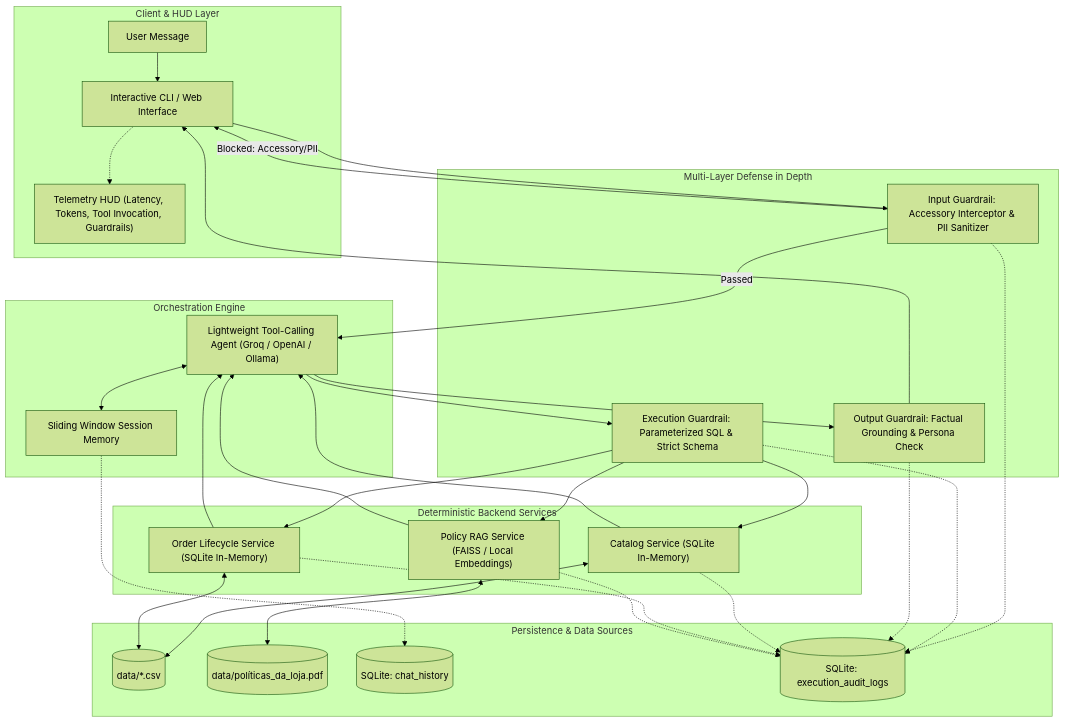
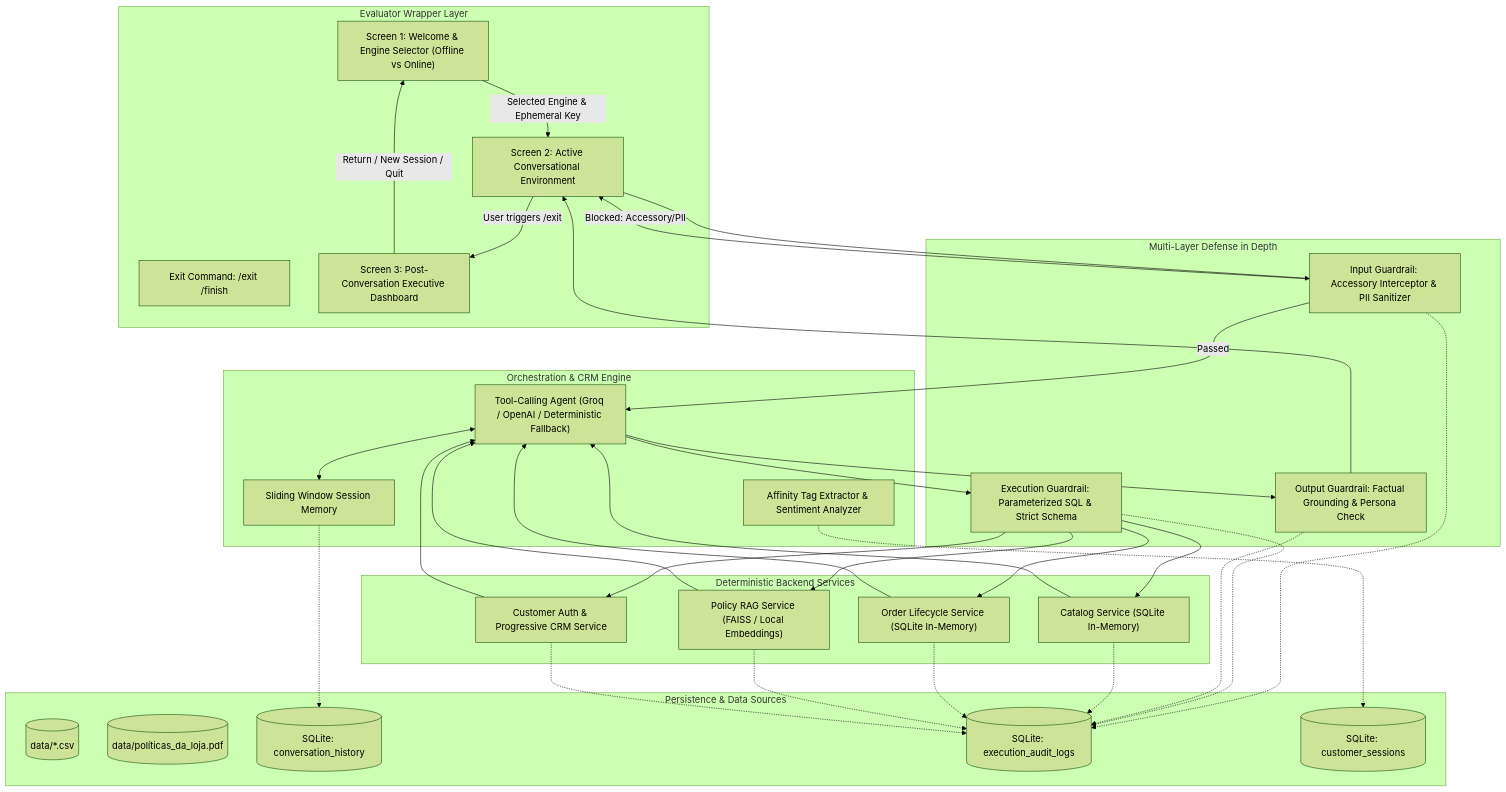
Before and after one commit to manuelportelaneto/emporio-musica-ai-agent: the diagram in SPEC.md, drawn with Mermaid (forest theme). The commit also changed other lines of this file, not shown here.

Commit message:
docs: update SPEC.md with progressive phone auth, CRM profiling and evaluator lifecycle

````diff
--- a/SPEC.md
+++ b/SPEC.md
@@ -33,55 +39,55 @@
 ```mermaid
 flowchart TD
-    subgraph Client ["Client & HUD Layer"]
-        UserIn["User Message"]
-        CLI["Interactive CLI / Web Interface"]
-        HUD["Telemetry HUD (Latency, Tokens, Tool Invocation, Guardrails)"]
+    subgraph Evaluator ["Evaluator Wrapper Layer"]
+        Welcome["Screen 1: Welcome & Engine Selector (Offline vs Online)"]
+        ChatScreen["Screen 2: Active Conversational Environment"]
+        ExitCmd["Exit Command: /exit /finish"]
+        Dashboard["Screen 3: Post-Conversation Executive Dashboard"]
     end
 
     subgraph Defense ["Multi-Layer Defense in Depth"]
         G_In["Input Guardrail: Accessory Interceptor & PII Sanitizer"]
         G_Exec["Execution Guardrail: Parameterized SQL & Strict Schema"]
         G_Out["Output Guardrail: Factual Grounding & Persona Check"]
     end
 
-    subgraph Core ["Orchestration Engine"]
-        LLM["Lightweight Tool-Calling Agent (Groq / OpenAI / Ollama)"]
+    subgraph Core ["Orchestration & CRM Engine"]
+        LLM["Tool-Calling Agent (Groq / OpenAI / Deterministic Fallback)"]
         Memory["Sliding Window Session Memory"]
+        Profiler["Affinity Tag Extractor & Sentiment Analyzer"]
     end
 
     subgraph Backend ["Deterministic Backend Services"]
         CatSvc["Catalog Service (SQLite In-Memory)"]
         OrdSvc["Order Lifecycle Service (SQLite In-Memory)"]
         PolSvc["Policy RAG Service (FAISS / Local Embeddings)"]
+        AuthSvc["Customer Auth & Progressive CRM Service"]
     end
 
     subgraph Storage ["Persistence & Data Sources"]
         CSVs[("data/*.csv")]
         PolicyPDF[("data/políticas_da_loja.pdf")]
-        DBChat[("SQLite: chat_history")]
+        DBChat[("SQLite: conversation_history")]
         DBAudit[("SQLite: execution_audit_logs")]
+        DBSessions[("SQLite: customer_sessions")]
     end
 
-    UserIn --> CLI
-    CLI --> G_In
+    Welcome -->|Selected Engine & Ephemeral Key| ChatScreen
+    ChatScreen --> G_In
     G_In -->|Passed| LLM
-    G_In -->|Blocked: Accessory/PII| CLI
+    G_In -->|Blocked: Accessory/PII| ChatScreen
     
     LLM <--> Memory
     LLM --> G_Exec
-    G_Exec --> CatSvc
-    G_Exec --> OrdSvc
-    G_Exec --> PolSvc
+    G_Exec --> CatSvc & OrdSvc & PolSvc & AuthSvc
 
-    CatSvc <--> CSVs
-    OrdSvc <--> CSVs
-    PolSvc <--> PolicyPDF
+    CatSvc & OrdSvc & PolSvc & AuthSvc --> LLM
+    LLM --> G_Out
+    G_Out --> ChatScreen
+    ChatScreen -->|User triggers /exit| Dashboard
+    Dashboard -->|Return / New Session / Quit| Welcome
 
-    CatSvc & OrdSvc & PolSvc --> LLM
-    LLM --> G_Out
-    G_Out --> CLI
-    CLI -.-> HUD
-
+    Profiler -.-> DBSessions
     Memory -.-> DBChat
-    G_In & G_Exec & G_Out & CatSvc & OrdSvc & PolSvc -.-> DBAudit
+    G_In & G_Exec & G_Out & CatSvc & OrdSvc & PolSvc & AuthSvc -.-> DBAudit
 ```
````
